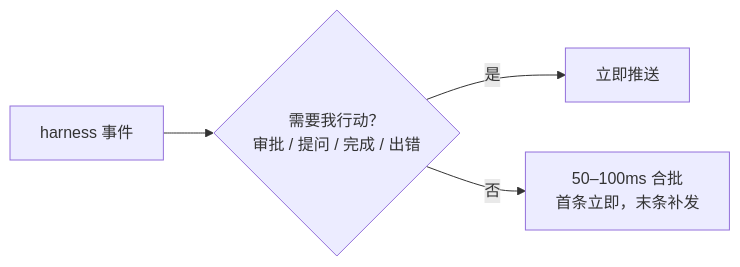
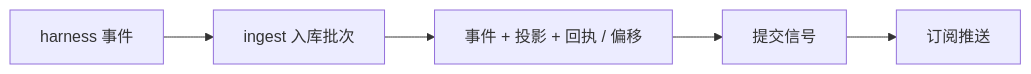
The second of 3 diagrams in docs/design/0005-sync-protocol.md (yangflow/hoplet), drawn with Mermaid before and after one commit. The commit also changed other lines of this file and 26 other files, not shown here.

Commit message:
docs(design): align designs and roadmap with implementation

````diff
--- a/docs/design/0005-sync-protocol.md
+++ b/docs/design/0005-sync-protocol.md
@@ -35,6 +44,6 @@
 ```mermaid
 flowchart LR
-    Ev["harness 事件"] --> K{"需要我行动？<br/>审批 / 提问 / 完成 / 出错"}
-    K -- 是 --> Now["立即推送"]
-    K -- 否 --> Co["50–100ms 合批<br/>首条立即，末条补发"]
+    Native["harness 事件"] --> Batch["ingest 入库批次"]
+    Batch --> Commit["事件 + 投影 + 回执 / 偏移"]
+    Commit --> Signal["提交信号"] --> Subscription["订阅推送"]
 ```
````
